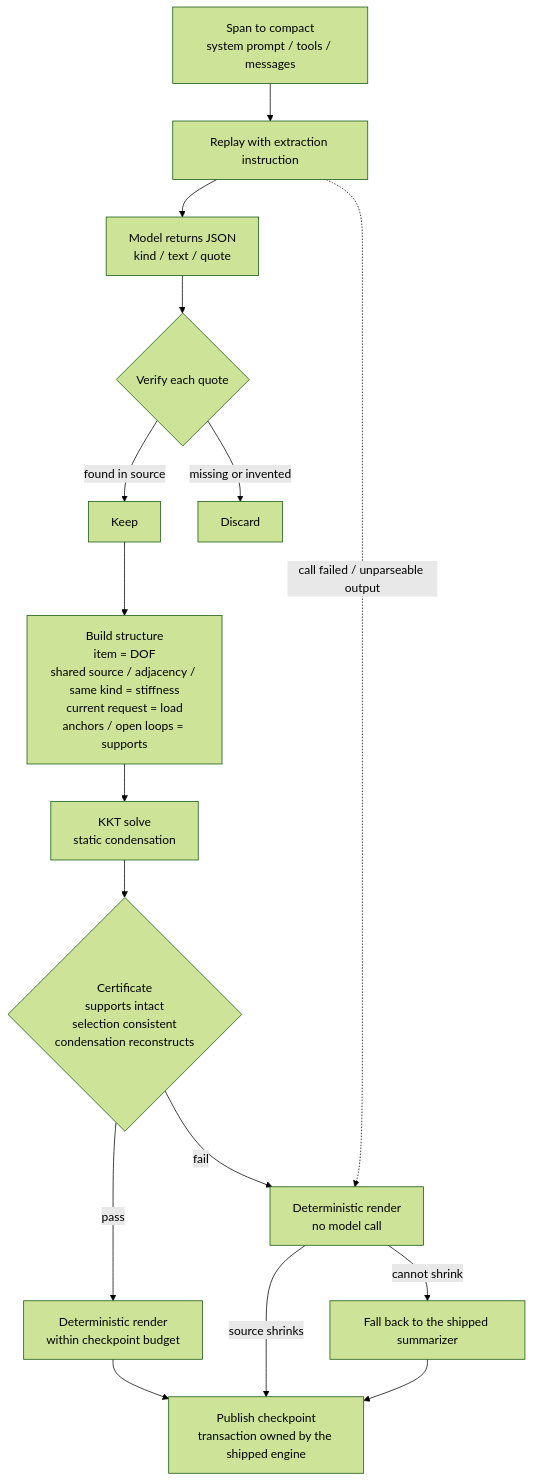
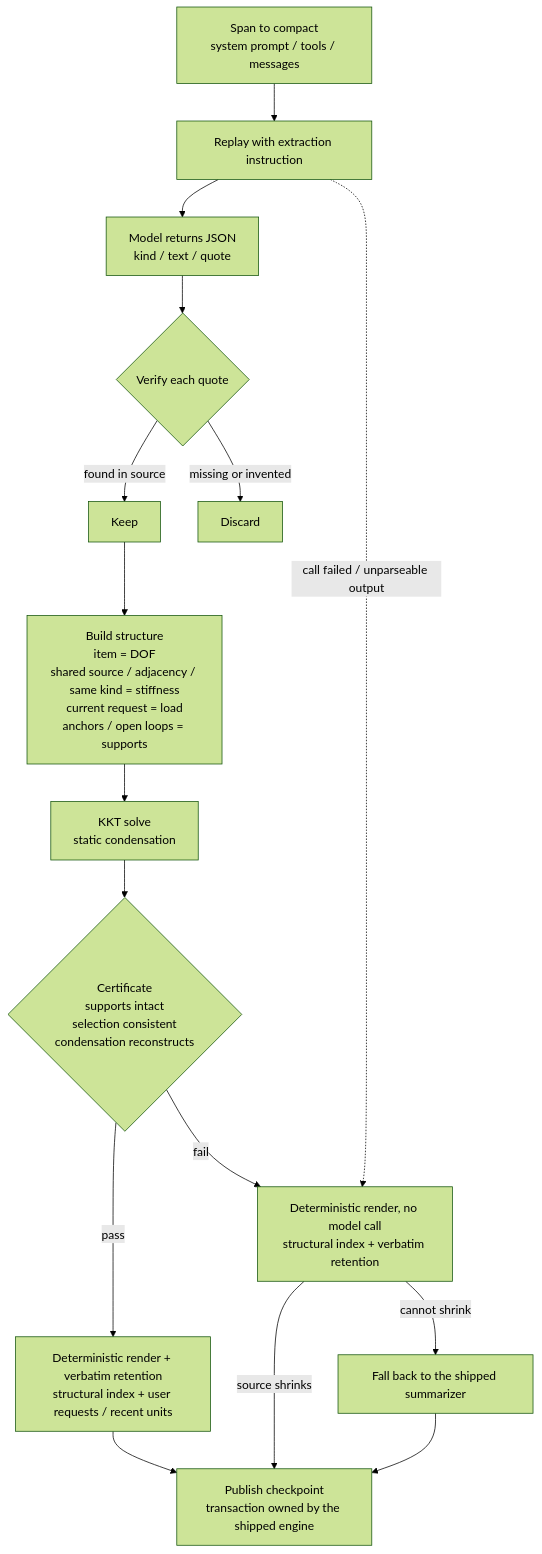
One commit to 2718labs/dsh-compaction-continuum changed the diagram in README.md. Above: the diagram before and after it, drawn with Mermaid (forest theme). The commit also changed other lines of this file and 11 other files, not shown here.

First line of the commit message:
feat(continuity): add Codex-class verbatim retention tier

````diff
--- a/README.md
+++ b/README.md
@@ -82,18 +84,18 @@
 ```mermaid
 flowchart TD
     A["Span to compact<br/>system prompt / tools / messages"] --> B["Replay with extraction instruction"]
     B --> C["Model returns JSON<br/>kind / text / quote"]
     C --> D{"Verify each quote"}
     D -->|"found in source"| E["Keep"]
     D -->|"missing or invented"| F["Discard"]
     E --> G["Build structure<br/>item = DOF<br/>shared source / adjacency / same kind = stiffness<br/>current request = load<br/>anchors / open loops = supports"]
     G --> H["KKT solve<br/>static condensation"]
     H --> I{"Certificate<br/>supports intact<br/>selection consistent<br/>condensation reconstructs"}
-    I -->|"pass"| J["Deterministic render<br/>within checkpoint budget"]
-    I -->|"fail"| K["Deterministic render<br/>no model call"]
+    I -->|"pass"| J["Deterministic render + verbatim retention<br/>structural index + user requests / recent units"]
+    I -->|"fail"| K["Deterministic render, no model call<br/>structural index + verbatim retention"]
     B -.->|"call failed / unparseable output"| K
     J --> L["Publish checkpoint<br/>transaction owned by the shipped engine"]
     K -->|"source shrinks"| L
     K -->|"cannot shrink"| M["Fall back to the shipped summarizer"]
     M --> L
 ```
````
